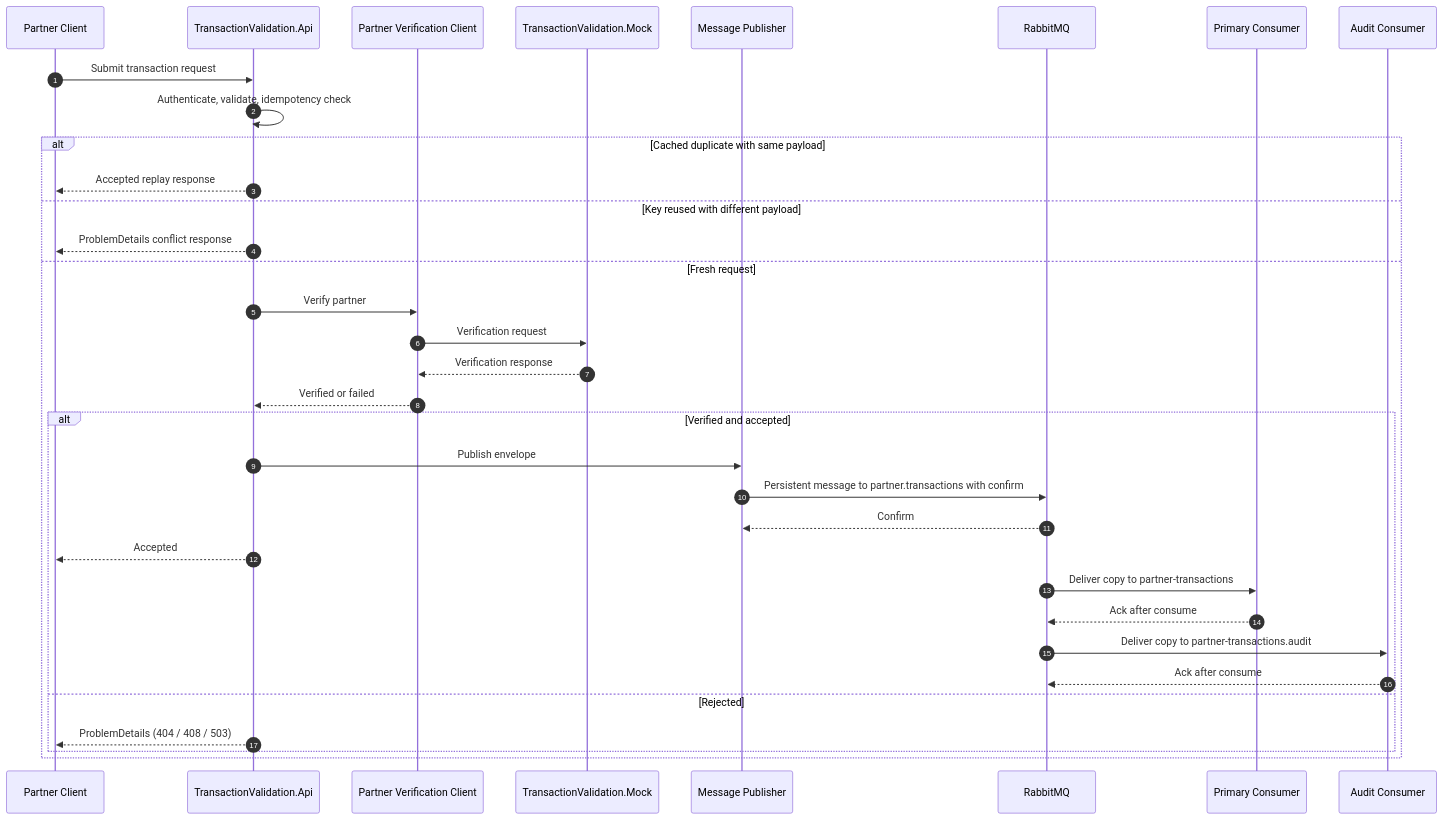
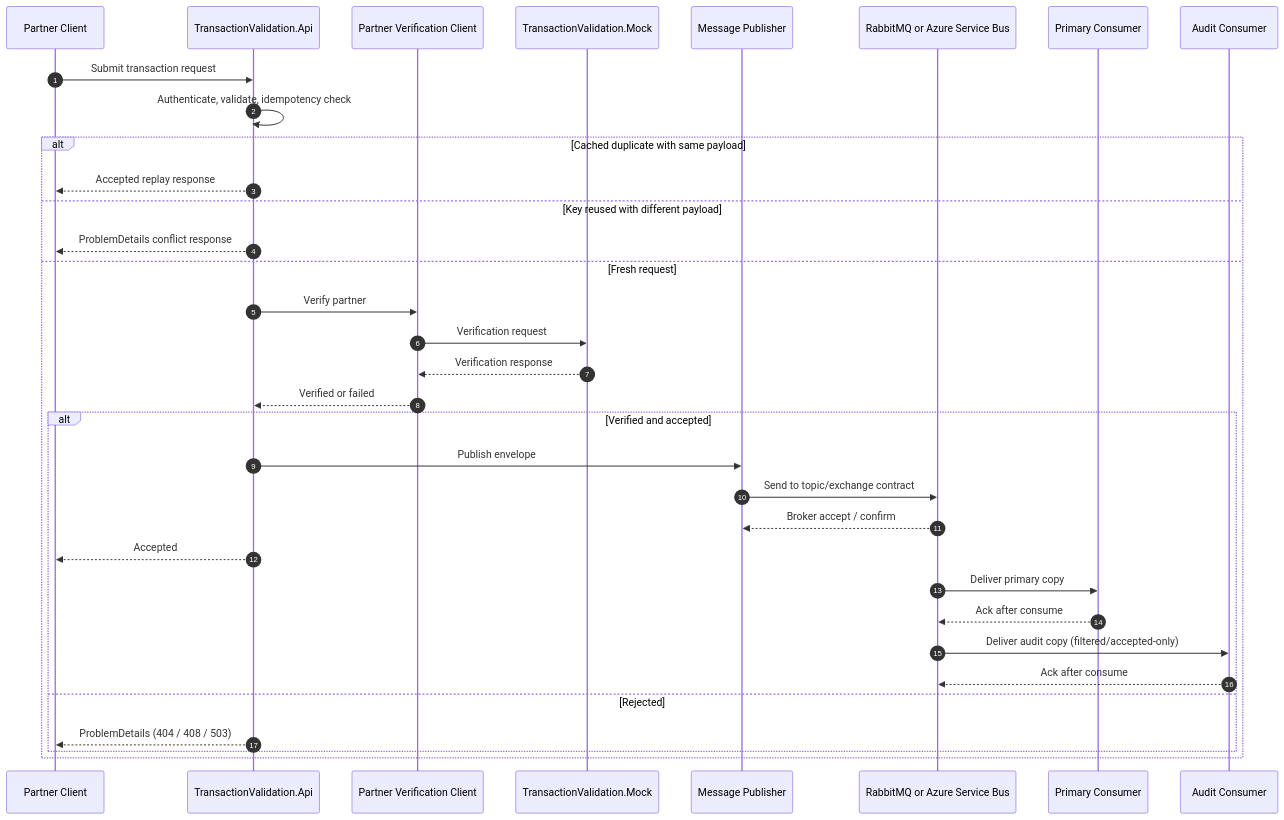
Before and after one commit to haudtech/transaction-validation: the third of 3 diagrams in docs/architecture_design/Architecture_design.md, drawn with Mermaid. The commit also changed other lines of this file and 7 other files, not shown here.

First line of the commit message:
- Corrects E2E tests aligning to both mode: Real Azure service bus and RabbitMQ. - Updates docs

````diff
--- a/docs/architecture_design/Architecture_design.md
+++ b/docs/architecture_design/Architecture_design.md
@@ -77,39 +79,39 @@
 ```mermaid
 sequenceDiagram
     autonumber
     participant Client as Partner Client
     participant API as TransactionValidation.Api
     participant Verify as Partner Verification Client
     participant Mock as TransactionValidation.Mock
     participant Publish as Message Publisher
-    participant MQ as RabbitMQ
+    participant Broker as RabbitMQ or Azure Service Bus
     participant Primary as Primary Consumer
     participant Audit as Audit Consumer
 
     Client->>API: Submit transaction request
     API->>API: Authenticate, validate, idempotency check
 
     alt Cached duplicate with same payload
         API-->>Client: Accepted replay response
     else Key reused with different payload
         API-->>Client: ProblemDetails conflict response
     else Fresh request
         API->>Verify: Verify partner
         Verify->>Mock: Verification request
         Mock-->>Verify: Verification response
         Verify-->>API: Verified or failed
 
         alt Verified and accepted
             API->>Publish: Publish envelope
-            Publish->>MQ: Persistent message to partner.transactions with confirm
-            MQ-->>Publish: Confirm
+            Publish->>Broker: Send to topic/exchange contract
+            Broker-->>Publish: Broker accept / confirm
             API-->>Client: Accepted
-            MQ->>Primary: Deliver copy to partner-transactions
-            Primary-->>MQ: Ack after consume
-            MQ->>Audit: Deliver copy to partner-transactions.audit
-            Audit-->>MQ: Ack after consume
+            Broker->>Primary: Deliver primary copy
+            Primary-->>Broker: Ack after consume
+            Broker->>Audit: Deliver audit copy (filtered/accepted-only)
+            Audit-->>Broker: Ack after consume
         else Rejected
             API-->>Client: ProblemDetails (404 / 408 / 503)
         end
     end
 ```
````
